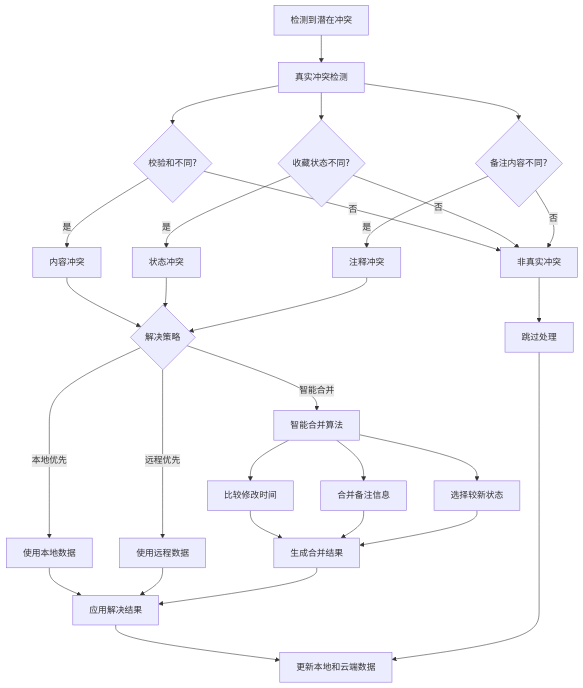
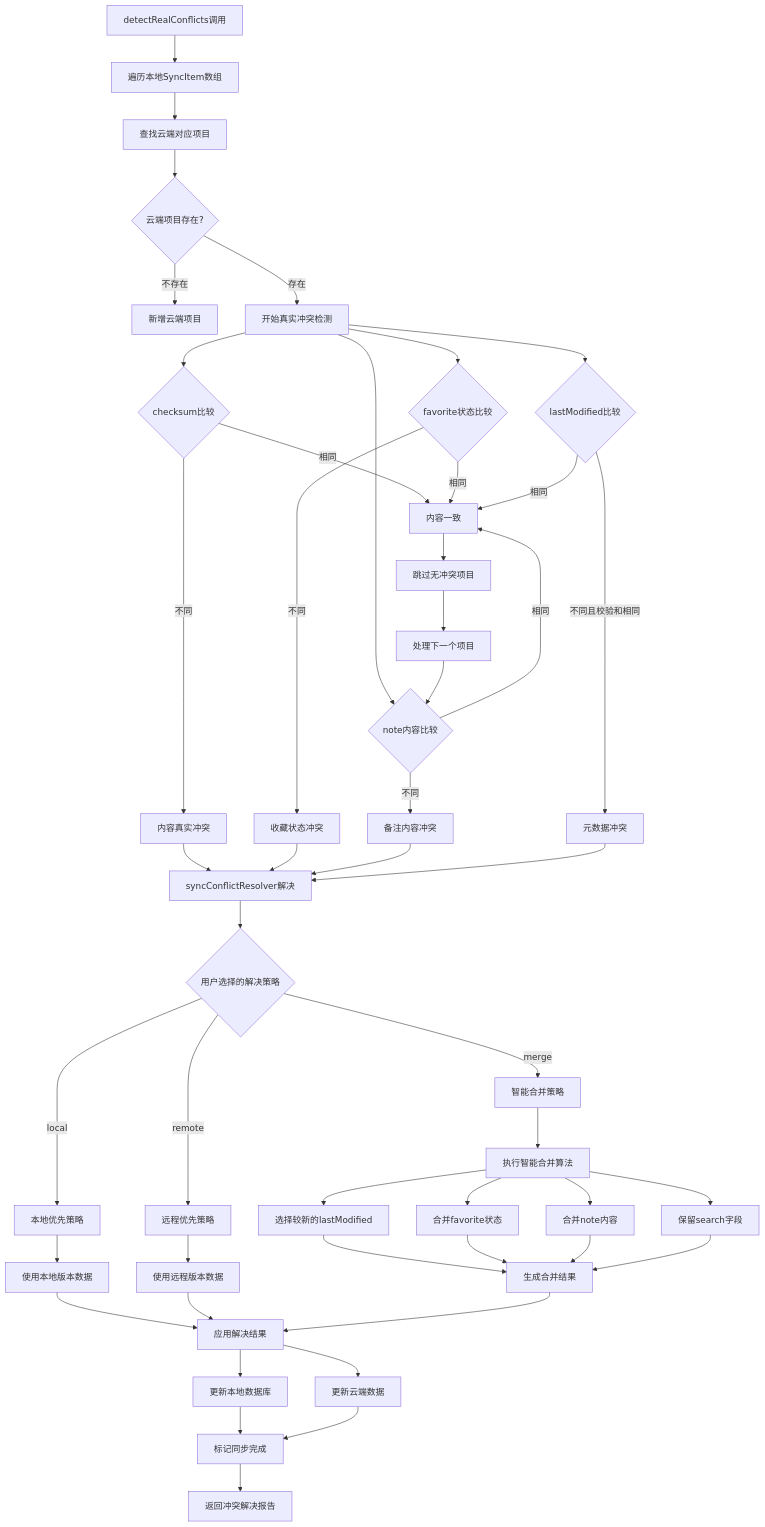
Before and after one commit to Ruszero01/EcoPaste-Sync: the fifth of 11 diagrams in docs/architecture-diagram.md, drawn with Mermaid. The commit also changed other lines of this file and 1 other file, not shown here.

Commit message:
chore: 更新架构文档和架构图

````diff
--- a/docs/architecture-diagram.md
+++ b/docs/architecture-diagram.md
@@ -190,40 +296,62 @@
 ```mermaid
 graph TD
-    A[检测到潜在冲突] --> B[真实冲突检测]
+    A[detectRealConflicts调用] --> B[遍历本地SyncItem数组]
+    B --> C[查找云端对应项目]
+    C --> D{云端项目存在?}
 
-    B --> C{校验和不同?}
-    B --> D{收藏状态不同?}
-    B --> E{备注内容不同?}
+    D -->|不存在| E[新增云端项目]
+    D -->|存在| F[开始真实冲突检测]
 
-    C -->|是| F[内容冲突]
-    D -->|是| G[状态冲突]
-    E -->|是| H[注释冲突]
+    F --> G{checksum比较}
+    F --> H{favorite状态比较}
+    F --> I{note内容比较}
+    F --> J{lastModified比较}
 
-    C -->|否| I[非真实冲突]
-    D -->|否| I
-    E -->|否| I
+    G -->|不同| K[内容真实冲突]
+    H -->|不同| L[收藏状态冲突]
+    I -->|不同| M[备注内容冲突]
+    J -->|不同且校验和相同| N[元数据冲突]
 
-    F --> J{解决策略}
-    G --> J
-    H --> J
-    I --> K[跳过处理]
+    G -->|相同| O[内容一致]
+    H -->|相同| O
+    I -->|相同| O
+    J -->|相同| O
 
-    J -->|本地优先| L[使用本地数据]
-    J -->|远程优先| M[使用远程数据]
-    J -->|智能合并| N[智能合并算法]
+    O --> P[跳过无冲突项目]
+    K --> Q[syncConflictResolver解决]
+    L --> Q
+    M --> Q
+    N --> Q
 
-    N --> O[比较修改时间]
-    N --> P[合并备注信息]
-    N --> Q[选择较新状态]
+    Q --> R{用户选择的解决策略}
+    R -->|local| S[本地优先策略]
+    R -->|remote| T[远程优先策略]
+    R -->|merge| U[智能合并策略]
 
-    O --> R[生成合并结果]
-    P --> R
-    Q --> R
+    S --> V[使用本地版本数据]
+    T --> W[使用远程版本数据]
+    U --> X[执行智能合并算法]
 
-    L --> S[应用解决结果]
-    M --> S
-    R --> S
+    X --> Y[选择较新的lastModified]
+    X --> Z[合并favorite状态]
+    X --> AA[合并note内容]
+    X --> BB[保留search字段]
 
-    S --> T[更新本地和云端数据]
-    K --> T
+    Y --> CC[生成合并结果]
+    Z --> CC
+    AA --> CC
+    BB --> CC
+
+    V --> DD[应用解决结果]
+    W --> DD
+    CC --> DD
+
+    DD --> EE[更新本地数据库]
+    DD --> FF[更新云端数据]
+    P --> GG[处理下一个项目]
+
+    EE --> HH[标记同步完成]
+    FF --> HH
+    GG --> I
+    HH --> II[返回冲突解决报告]
 ```
````
